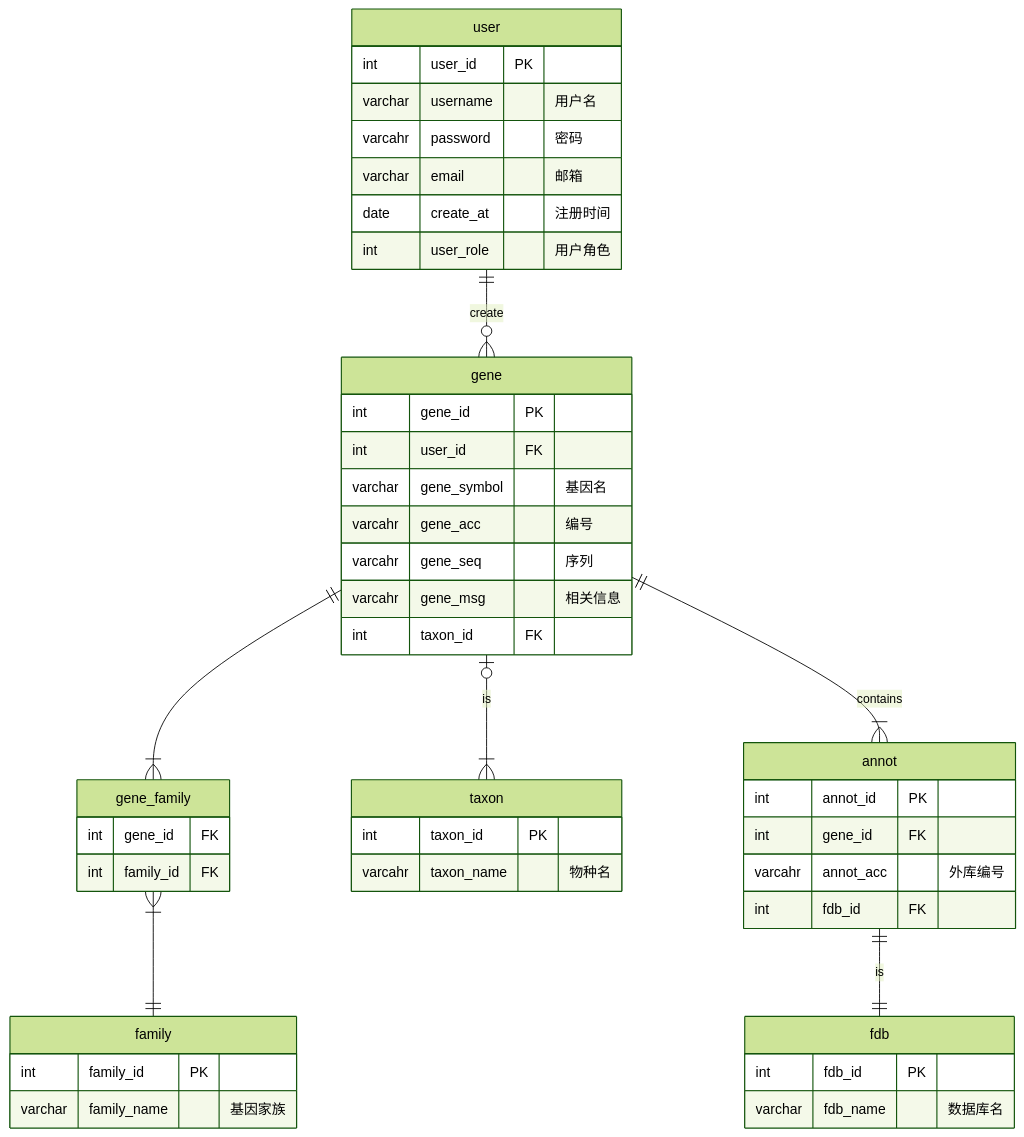
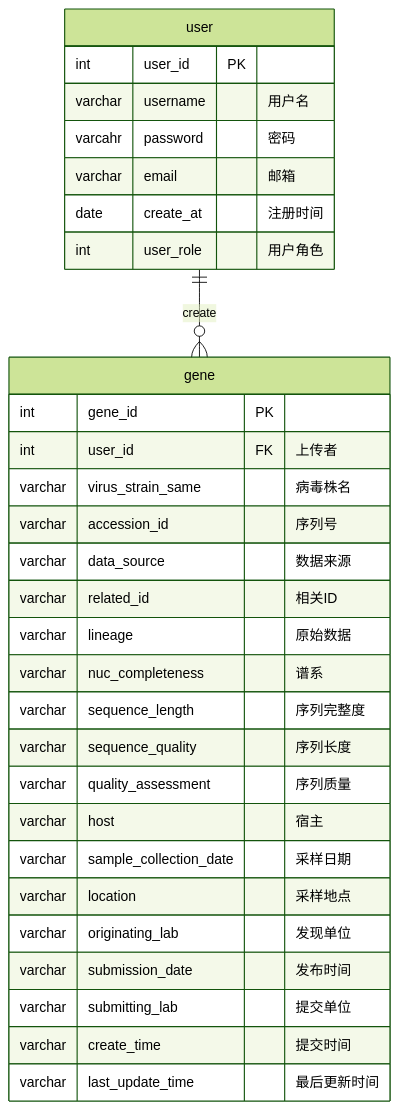
The diagram in docs/general/3.1.3.md (zhang-bin-98/hanclass_bioinfor_server), drawn with Mermaid (forest theme) before and after one commit. The commit also changed other lines of this file and 16 other files, not shown here.

````diff
--- a/docs/general/3.1.3.md
+++ b/docs/general/3.1.3.md
@@ -19,57 +14,38 @@
 ```mermaid
 erDiagram 
 
 user {
     int user_id PK
     varchar username "用户名"
     varcahr password "密码"
     varchar email "邮箱"
     date create_at "注册时间"
     int user_role "用户角色"
 }
 
-family {
-    int family_id PK
-    varchar family_name "基因家族"
+gene {
+    int gene_id PK 
+    int user_id FK "上传者"
+    varchar virus_strain_same "病毒株名"
+    varchar accession_id "序列号"
+    varchar data_source "数据来源"
+    varchar related_id "相关ID"
+    varchar lineage "原始数据"
+    varchar nuc_completeness "谱系"
+    varchar sequence_length "序列完整度"
+    varchar sequence_quality "序列长度"
+    varchar quality_assessment "序列质量"
+    varchar host "宿主"
+    varchar sample_collection_date "采样日期"
+    varchar location "采样地点"
+    varchar originating_lab "发现单位"
+    varchar submission_date "发布时间"
+    varchar submitting_lab "提交单位"
+    varchar create_time "提交时间"
+    varchar last_update_time "最后更新时间"
 }
 
-gene_family {
-    int gene_id FK
-    int family_id FK
-}
-
-gene {
-    int gene_id PK
-    int user_id FK
-    varchar gene_symbol "基因名"
-    varcahr gene_acc "编号"
-    varcahr gene_seq "序列"
-    varcahr gene_msg "相关信息"
-    int taxon_id FK
-}
-
-taxon {
-    int taxon_id PK
-    varcahr taxon_name "物种名"
-}
-
-annot {
-    int annot_id PK
-    int gene_id FK
-    varcahr annot_acc "外库编号"
-    int fdb_id FK
-}
-
-fdb {
-    int fdb_id PK
-    varchar fdb_name "数据库名"
-}
 
 user ||--o{ gene : "create"
-gene ||--|{ gene_family : ""
-gene_family }|--|| family : ""
-gene o|--|{ taxon : is
-gene ||--|{ annot : contains
-annot ||--|| fdb : is
 
 ```
````
